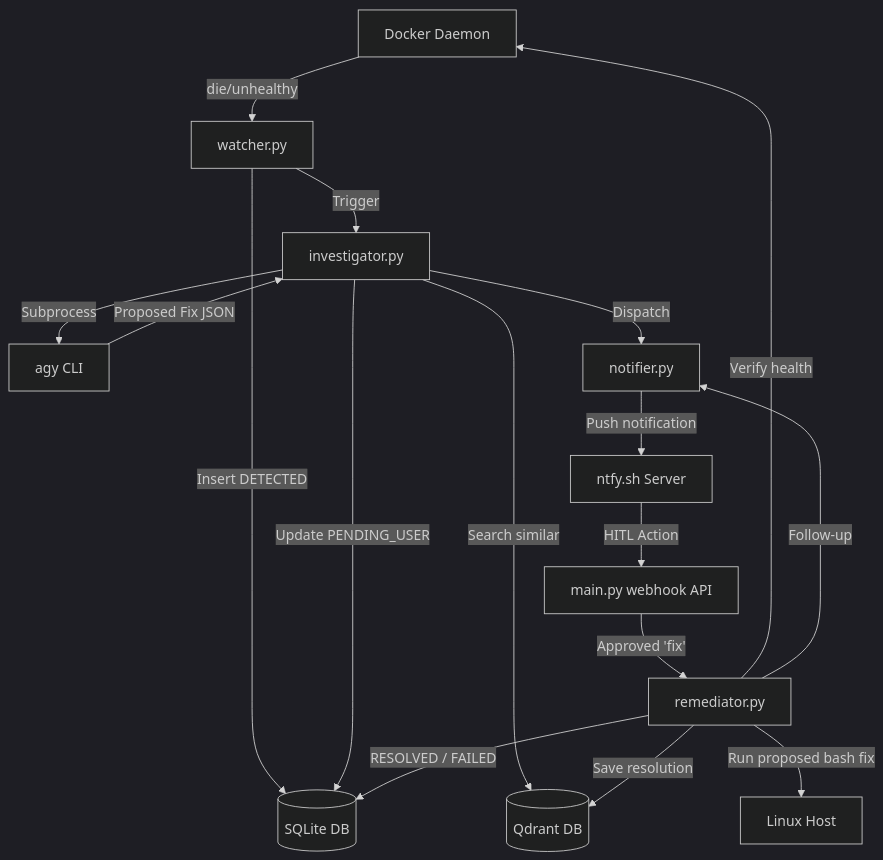
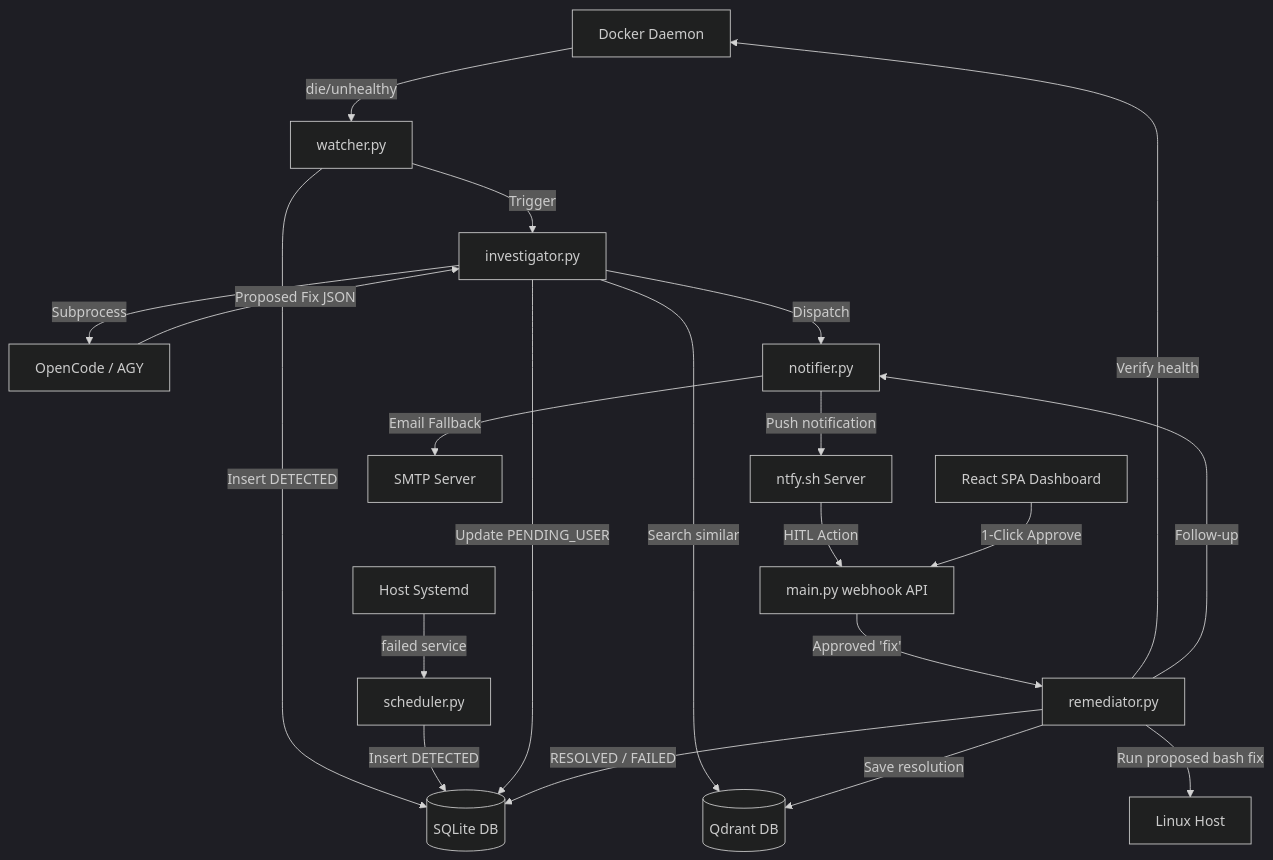
Before and after one commit to spelech/homelab-monitor-bot: the diagram in README.md, drawn with Mermaid (dark theme). The commit also changed other lines of this file, not shown here.

Commit message:
docs(monitorbot): expand README with dashboard views, CLI controls, and testing guide

````diff
--- a/README.md
+++ b/README.md
@@ -75,19 +100,23 @@
 ```mermaid
 graph TD
     Docker[Docker Daemon] -->|die/unhealthy| Watcher[watcher.py]
+    Systemd[Host Systemd] -->|failed service| Scheduler[scheduler.py]
     Watcher -->|Insert DETECTED| DB[(SQLite DB)]
+    Scheduler -->|Insert DETECTED| DB
     Watcher -->|Trigger| Investigator[investigator.py]
     Investigator -->|Search similar| Qdrant[(Qdrant DB)]
-    Investigator -->|Subprocess| Agy[agy CLI]
-    Agy -->|Proposed Fix JSON| Investigator
+    Investigator -->|Subprocess| OpenCode[OpenCode / AGY]
+    OpenCode -->|Proposed Fix JSON| Investigator
     Investigator -->|Update PENDING_USER| DB
     Investigator -->|Dispatch| Notifier[notifier.py]
     Notifier -->|Push notification| Ntfy[ntfy.sh Server]
+    Notifier -->|Email Fallback| SMTP[SMTP Server]
     Ntfy -->|HITL Action| Webhook[main.py webhook API]
+    Frontend[React SPA Dashboard] -->|1-Click Approve| Webhook
     Webhook -->|Approved 'fix'| Remediator[remediator.py]
     Remediator -->|Run proposed bash fix| Host[Linux Host]
     Remediator -->|Verify health| Docker
     Remediator -->|RESOLVED / FAILED| DB
     Remediator -->|Save resolution| Qdrant
     Remediator -->|Follow-up| Notifier
 ```
````
